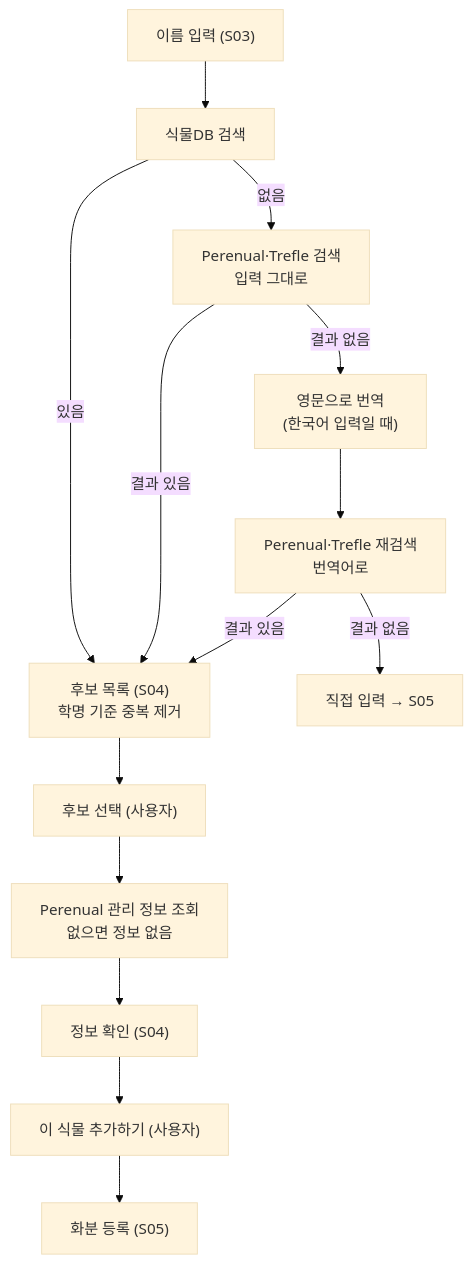
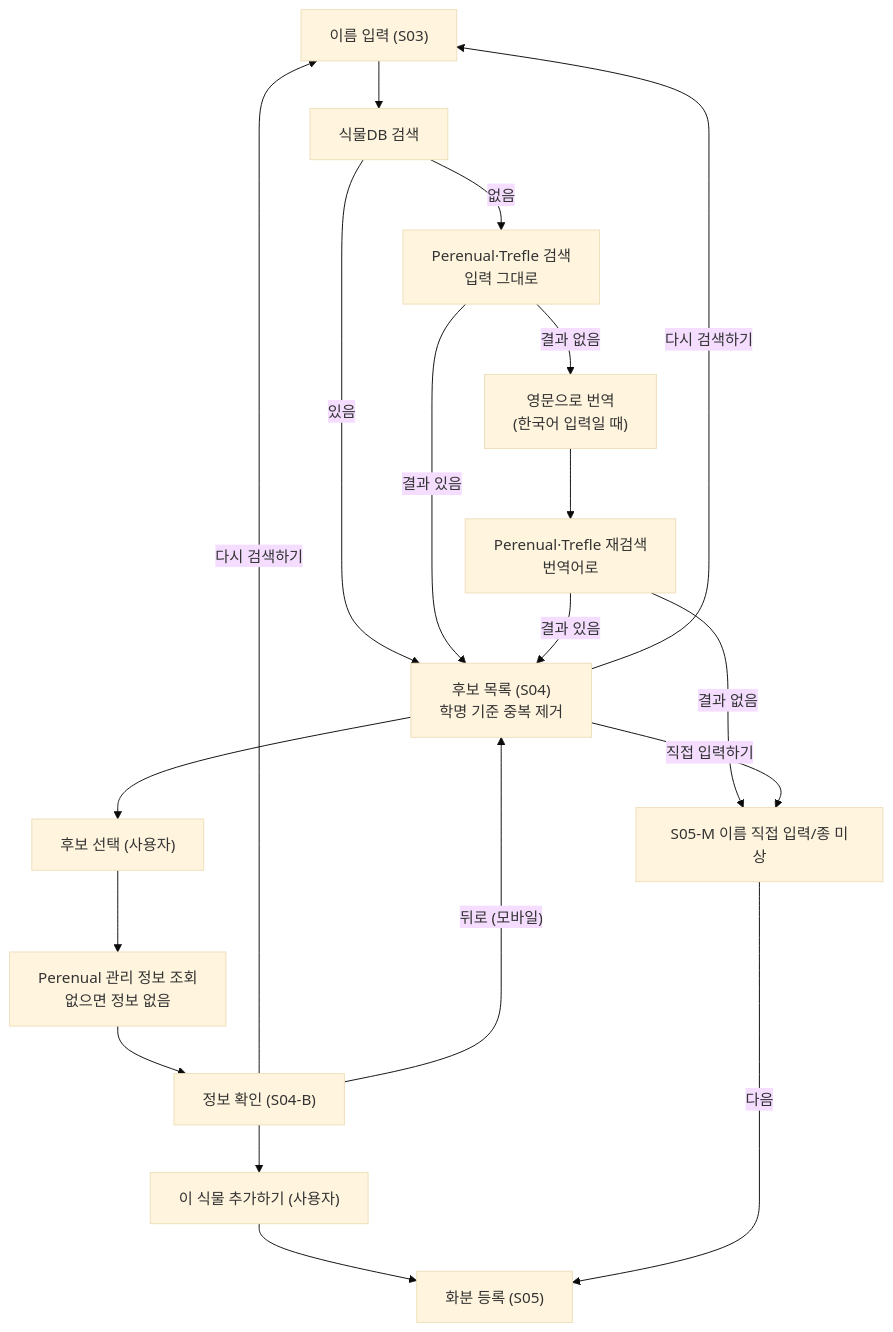
One commit to skiiilee/die-no-more changed the first of 2 diagrams in docs/stage2/03-functional-specification.md. Above: the diagram before and after it, drawn with Mermaid (base theme). The commit also changed other lines of this file, not shown here.

Commit message:
docs(stage2): align S04-A/B acceptance rules and flowcharts with wireframes

````diff
--- a/docs/stage2/03-functional-specification.md
+++ b/docs/stage2/03-functional-specification.md
@@ -50,16 +50,21 @@
 ```mermaid
 flowchart TD
   A["이름 입력 (S03)"] --> A1["식물DB 검색"]
   A1 -->|있음| C["후보 목록 (S04)<br/>학명 기준 중복 제거"]
   A1 -->|없음| B["Perenual·Trefle 검색<br/>입력 그대로"]
   B -->|결과 있음| C
   B -->|결과 없음| B2["영문으로 번역<br/>(한국어 입력일 때)"]
   B2 --> B3["Perenual·Trefle 재검색<br/>번역어로"]
   B3 -->|결과 있음| C
-  B3 -->|결과 없음| X["직접 입력 → S05"]
+  B3 -->|결과 없음| X["S05-M 이름 직접 입력/종 미상"]
+  C -->|"직접 입력하기"| X
+  C -->|"다시 검색하기"| A
   C --> D["후보 선택 (사용자)"]
   D --> E["Perenual 관리 정보 조회<br/>없으면 정보 없음"]
-  E --> F["정보 확인 (S04)"]
+  E --> F["정보 확인 (S04-B)"]
+  F -->|"다시 검색하기"| A
+  F -->|"뒤로 (모바일)"| C
   F --> G["이 식물 추가하기 (사용자)"]
   G --> H["화분 등록 (S05)"]
+  X -->|"다음"| H
 ```
````
